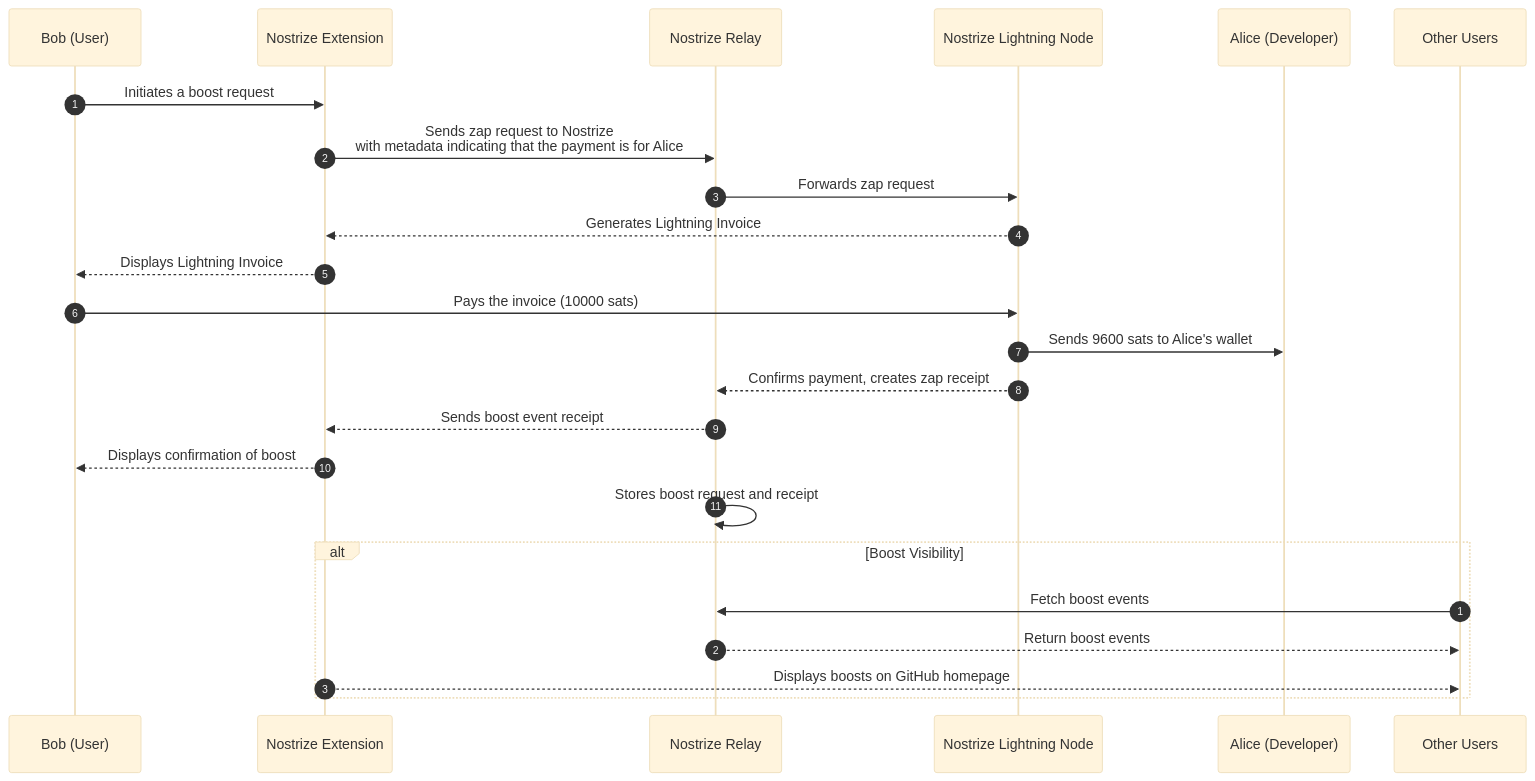
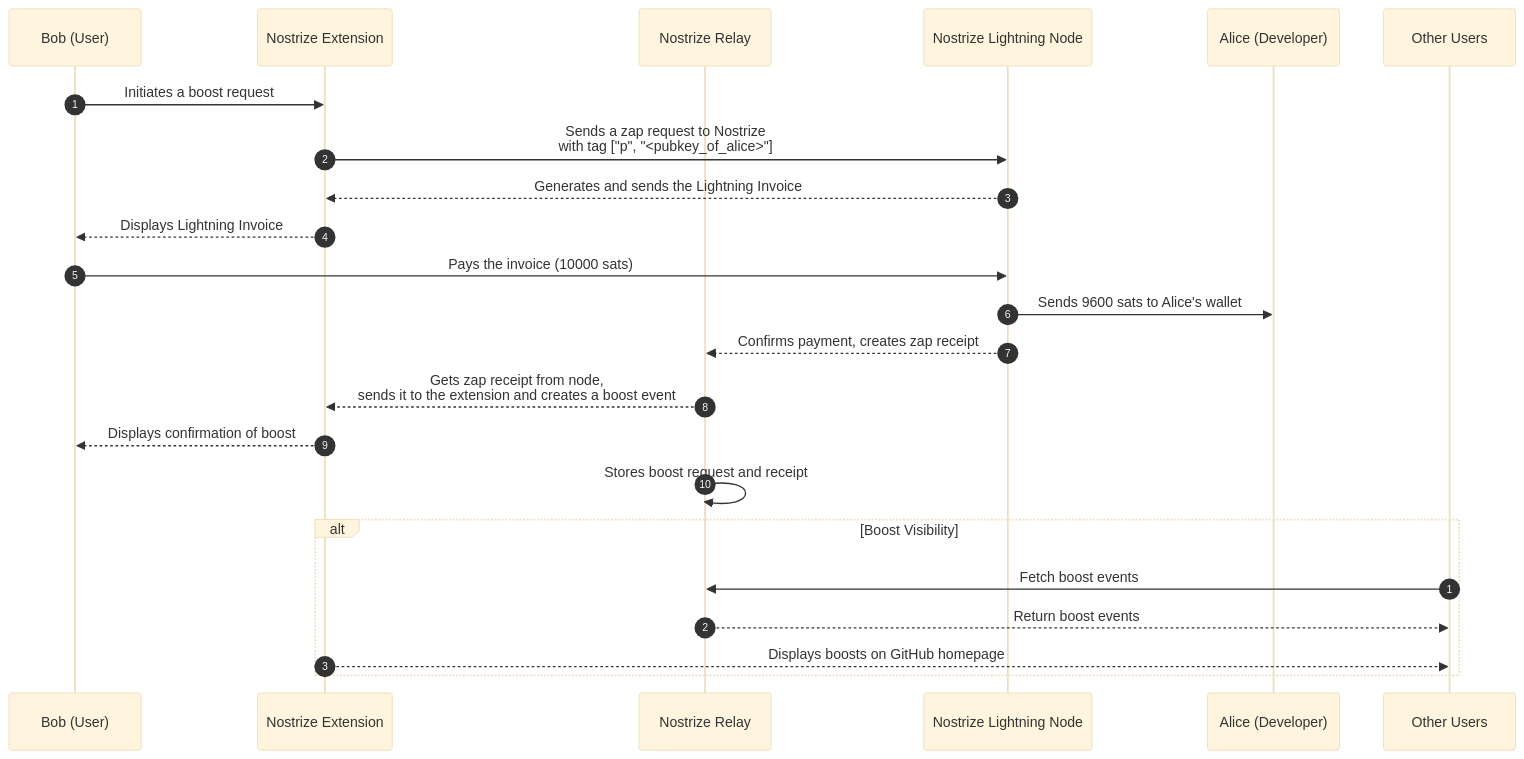
One commit to nostrize/extension changed the diagram in README.md. Above: the diagram before and after it, drawn with Mermaid (base theme).

Commit message:
boost flow fix

````diff
--- a/README.md
+++ b/README.md
@@ -47,29 +47,28 @@
 ```mermaid
 sequenceDiagram
     autonumber
     participant Bob as Bob (User)
     participant Extension as Nostrize Extension
     participant NostrizeRelay as Nostrize Relay
     participant NostrizeNode as Nostrize Lightning Node
     participant Alice as Alice (Developer)
 
     Bob->>Extension: Initiates a boost request
-    Extension->>NostrizeRelay: Sends zap request to Nostrize<br />with metadata indicating that the payment is for Alice
-    NostrizeRelay->>NostrizeNode: Forwards zap request
-    NostrizeNode-->>Extension: Generates Lightning Invoice
+    Extension->>NostrizeNode: Sends a zap request to Nostrize<br />with tag ["p", "<pubkey_of_alice>"]
+    NostrizeNode-->>Extension: Generates and sends the Lightning Invoice
     Extension-->>Bob: Displays Lightning Invoice
     Bob->>NostrizeNode: Pays the invoice (10000 sats)
     NostrizeNode->>Alice: Sends 9600 sats to Alice's wallet
     NostrizeNode-->>NostrizeRelay: Confirms payment, creates zap receipt
-    NostrizeRelay-->>Extension: Sends boost event receipt
+    NostrizeRelay-->>Extension: Gets zap receipt from node,<br />sends it to the extension and creates a boost event
     Extension-->>Bob: Displays confirmation of boost
     NostrizeRelay->>NostrizeRelay: Stores boost request and receipt
 
     autonumber 1
 
     alt Boost Visibility
         Other Users->>NostrizeRelay: Fetch boost events
         NostrizeRelay-->>Other Users: Return boost events
         Extension-->>Other Users: Displays boosts on GitHub homepage
     end
 ```
````
